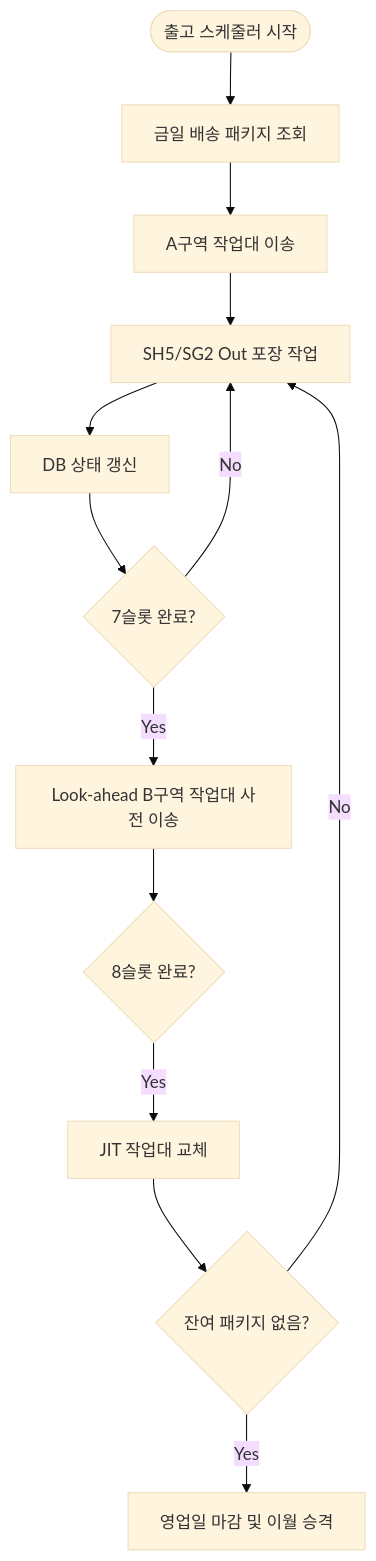
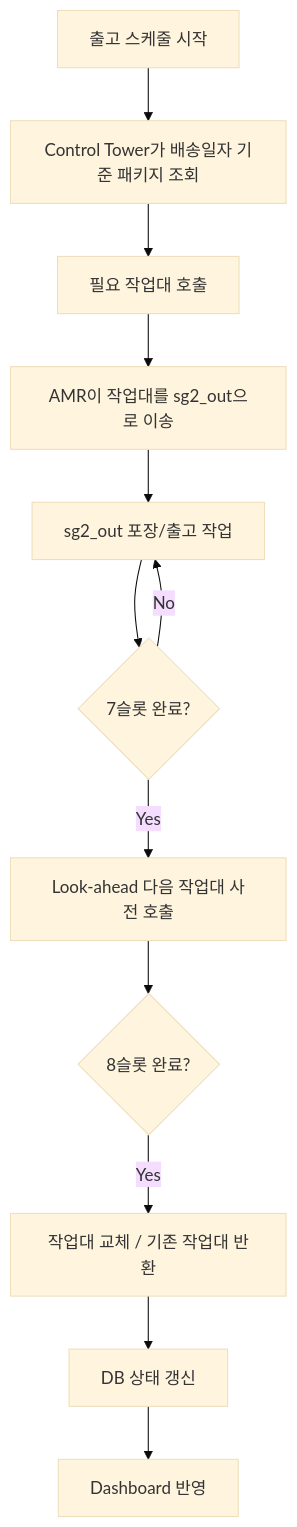
Before and after one commit to sungwung1201/SNFC: the third of 7 diagrams in README.md, drawn with Mermaid (base theme). The commit also changed other lines of this file, not shown here.

````diff
--- a/README.md
+++ b/README.md
@@ -226,15 +315,14 @@
 ```mermaid
 flowchart TD
-    Start([출고 스케줄러 시작]) --> Query[금일 배송 패키지 조회]
-    Query --> FetchA[A구역 작업대 이송]
-    FetchA --> Packing[SH5/SG2 Out 포장 작업]
-    Packing --> Update[DB 상태 갱신]
-    Update --> Look{7슬롯 완료?}
-    Look -->|Yes| PreFetch[Look-ahead B구역 작업대 사전 이송]
-    Look -->|No| Packing
-    PreFetch --> Full{8슬롯 완료?}
-    Full -->|Yes| Swap[JIT 작업대 교체]
-    Swap --> EOD{잔여 패키지 없음?}
-    EOD -->|Yes| Close[영업일 마감 및 이월 승격]
-    EOD -->|No| Packing
+    A[출고 스케줄 시작] --> B[Control Tower가 배송일자 기준 패키지 조회]
+    B --> C[필요 작업대 호출]
+    C --> D[AMR이 작업대를 sg2_out으로 이송]
+    D --> E[sg2_out 포장/출고 작업]
+    E --> F{7슬롯 완료?}
+    F -->|Yes| G[Look-ahead 다음 작업대 사전 호출]
+    F -->|No| E
+    G --> H{8슬롯 완료?}
+    H -->|Yes| I[작업대 교체 / 기존 작업대 반환]
+    I --> J[DB 상태 갱신]
+    J --> K[Dashboard 반영]
 ```
````
